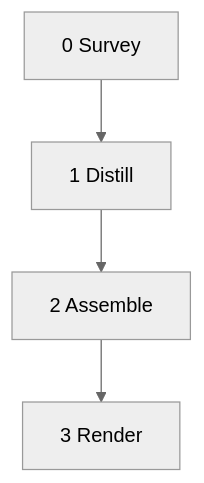
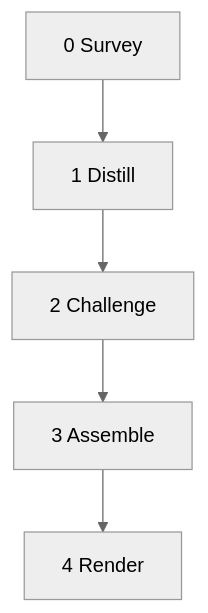
The diagram in tools/normalize.md (cppalliance/tools-public), drawn with Mermaid (neutral theme) before and after one commit. The commit also changed other lines of this file and 1 other file, not shown here.

````diff
--- a/tools/normalize.md
+++ b/tools/normalize.md
@@ -7,4 +5,4 @@
 ```mermaid
 flowchart TD
-    Step0[0 Survey] --> Step1[1 Distill] --> Step2[2 Assemble] --> Step3[3 Render]
+    S0[0 Survey] --> S1[1 Distill] --> S2[2 Challenge] --> S3[3 Assemble] --> S4[4 Render]
 ```
````
